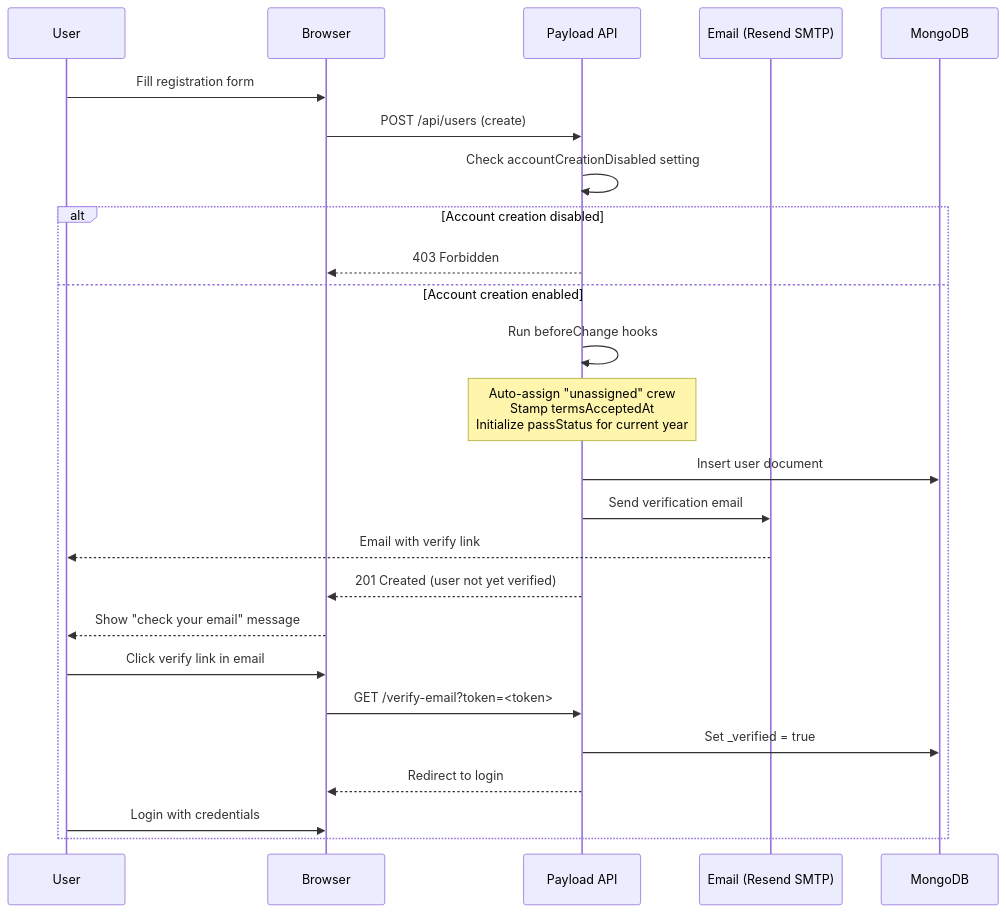
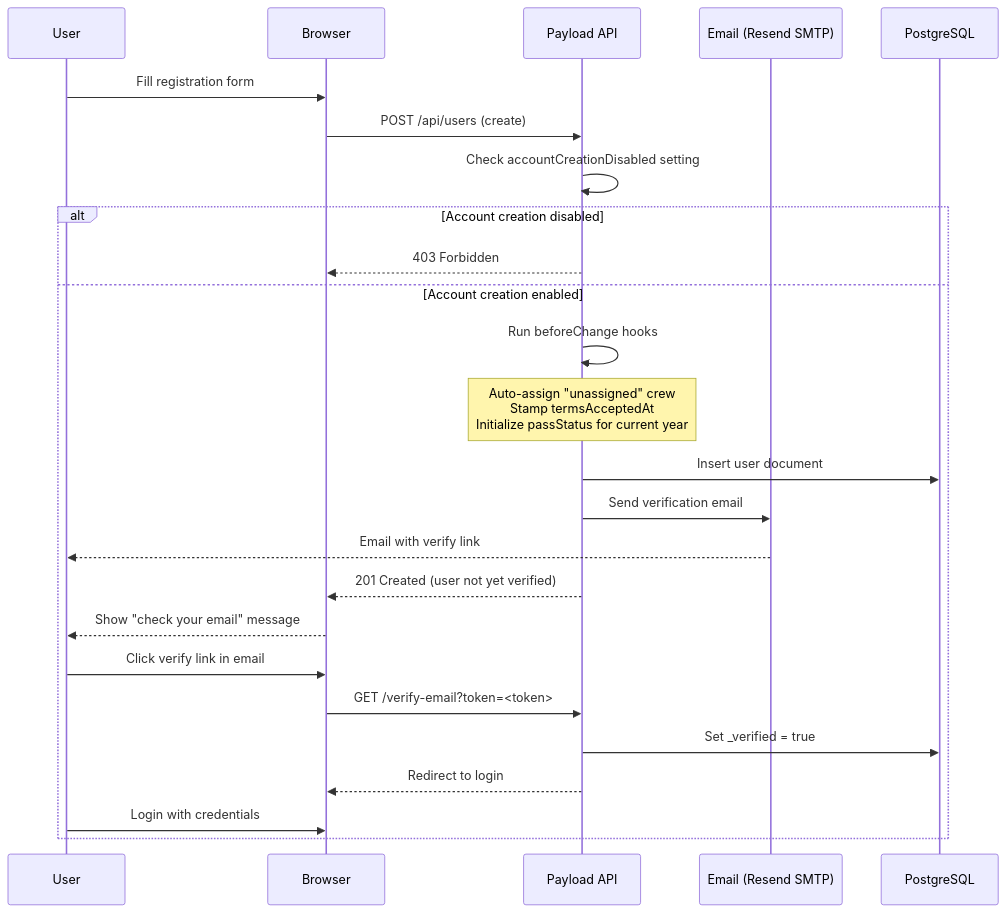
Before and after one commit to proutyio/ocfcrews-docs: the second of 2 diagrams in docs/auth/authentication-flow.md, drawn with Mermaid. The commit also changed other lines of this file and 34 other files, not shown here.

````diff
--- a/docs/auth/authentication-flow.md
+++ b/docs/auth/authentication-flow.md
@@ -74,29 +74,29 @@
 ```mermaid
 sequenceDiagram
     participant User
     participant Browser
     participant PayloadAPI as Payload API
     participant EmailService as Email (Resend SMTP)
-    participant MongoDB
+    participant DB as PostgreSQL
 
     User->>Browser: Fill registration form
     Browser->>PayloadAPI: POST /api/users (create)
     PayloadAPI->>PayloadAPI: Check accountCreationDisabled setting
     alt Account creation disabled
         PayloadAPI-->>Browser: 403 Forbidden
     else Account creation enabled
         PayloadAPI->>PayloadAPI: Run beforeChange hooks
         Note over PayloadAPI: Auto-assign "unassigned" crew<br/>Stamp termsAcceptedAt<br/>Initialize passStatus for current year
-        PayloadAPI->>MongoDB: Insert user document
+        PayloadAPI->>DB: Insert user document
         PayloadAPI->>EmailService: Send verification email
         EmailService-->>User: Email with verify link
         PayloadAPI-->>Browser: 201 Created (user not yet verified)
         Browser-->>User: Show "check your email" message
 
         User->>Browser: Click verify link in email
         Browser->>PayloadAPI: GET /verify-email?token=<token>
-        PayloadAPI->>MongoDB: Set _verified = true
+        PayloadAPI->>DB: Set _verified = true
         PayloadAPI-->>Browser: Redirect to login
         User->>Browser: Login with credentials
     end
 ```
````
